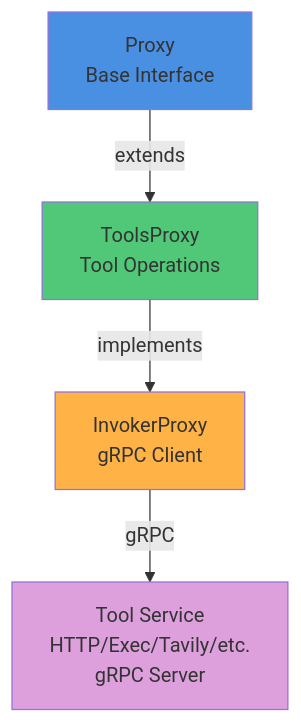
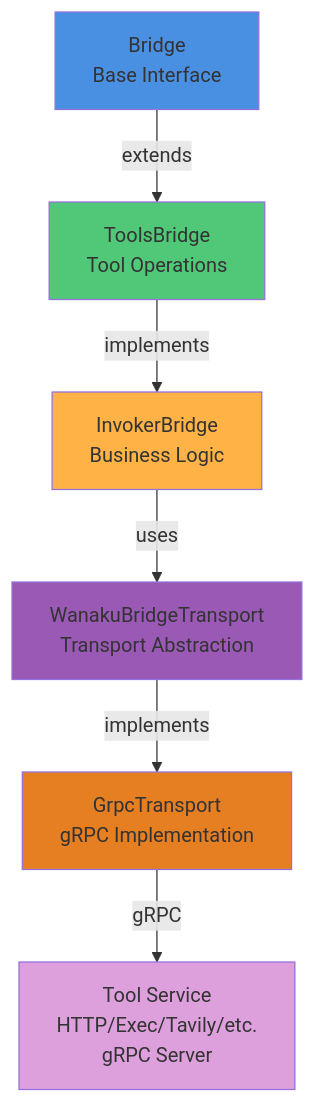
The third of 6 diagrams in docs/wanaku-router-internals.md (wanaku-ai/wanaku), drawn with Mermaid before and after one commit. The commit also changed other lines of this file and 25 other files, not shown here.

First line of the commit message:
Refactor the gRPC bridge

````diff
--- a/docs/wanaku-router-internals.md
+++ b/docs/wanaku-router-internals.md
@@ -113,16 +153,22 @@
 ```mermaid
 graph TB
-    Proxy[Proxy<br/>Base Interface]
-    ToolsProxy[ToolsProxy<br/>Tool Operations]
-    InvokerProxy[InvokerProxy<br/>gRPC Client]
+    Bridge[Bridge<br/>Base Interface]
+    ToolsBridge[ToolsBridge<br/>Tool Operations]
+    InvokerBridge[InvokerBridge<br/>Business Logic]
+    Transport[WanakuBridgeTransport<br/>Transport Abstraction]
+    GrpcTransport[GrpcTransport<br/>gRPC Implementation]
     ToolProvider[Tool Service<br/>HTTP/Exec/Tavily/etc.<br/>gRPC Server]
 
-    Proxy -->|extends| ToolsProxy
-    ToolsProxy -->|implements| InvokerProxy
-    InvokerProxy -->|gRPC| ToolProvider
+    Bridge -->|extends| ToolsBridge
+    ToolsBridge -->|implements| InvokerBridge
+    InvokerBridge -->|uses| Transport
+    Transport -->|implements| GrpcTransport
+    GrpcTransport -->|gRPC| ToolProvider
 
-    style Proxy fill:#4A90E2
-    style ToolsProxy fill:#50C878
-    style InvokerProxy fill:#FFB347
+    style Bridge fill:#4A90E2
+    style ToolsBridge fill:#50C878
+    style InvokerBridge fill:#FFB347
+    style Transport fill:#9B59B6
+    style GrpcTransport fill:#E67E22
     style ToolProvider fill:#DDA0DD
 ```
````
